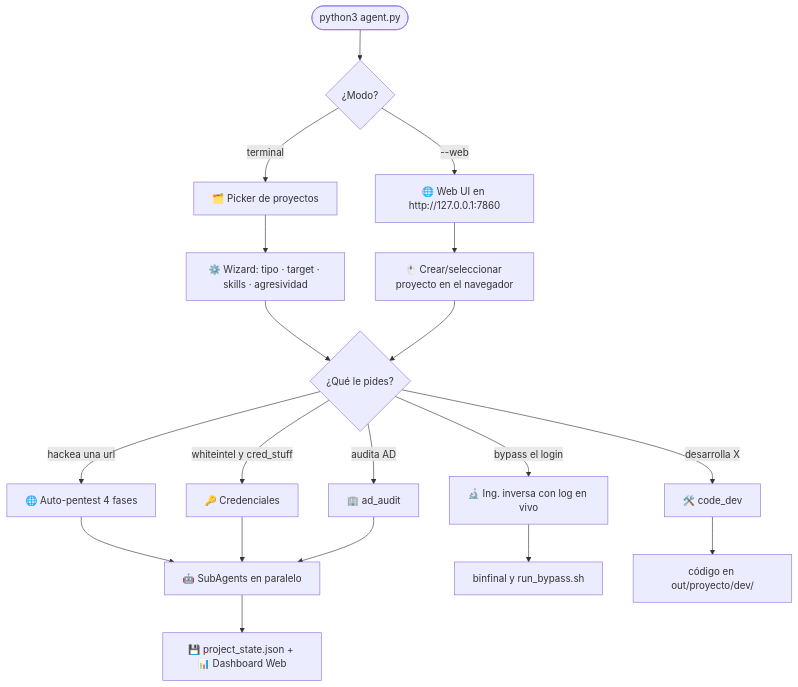
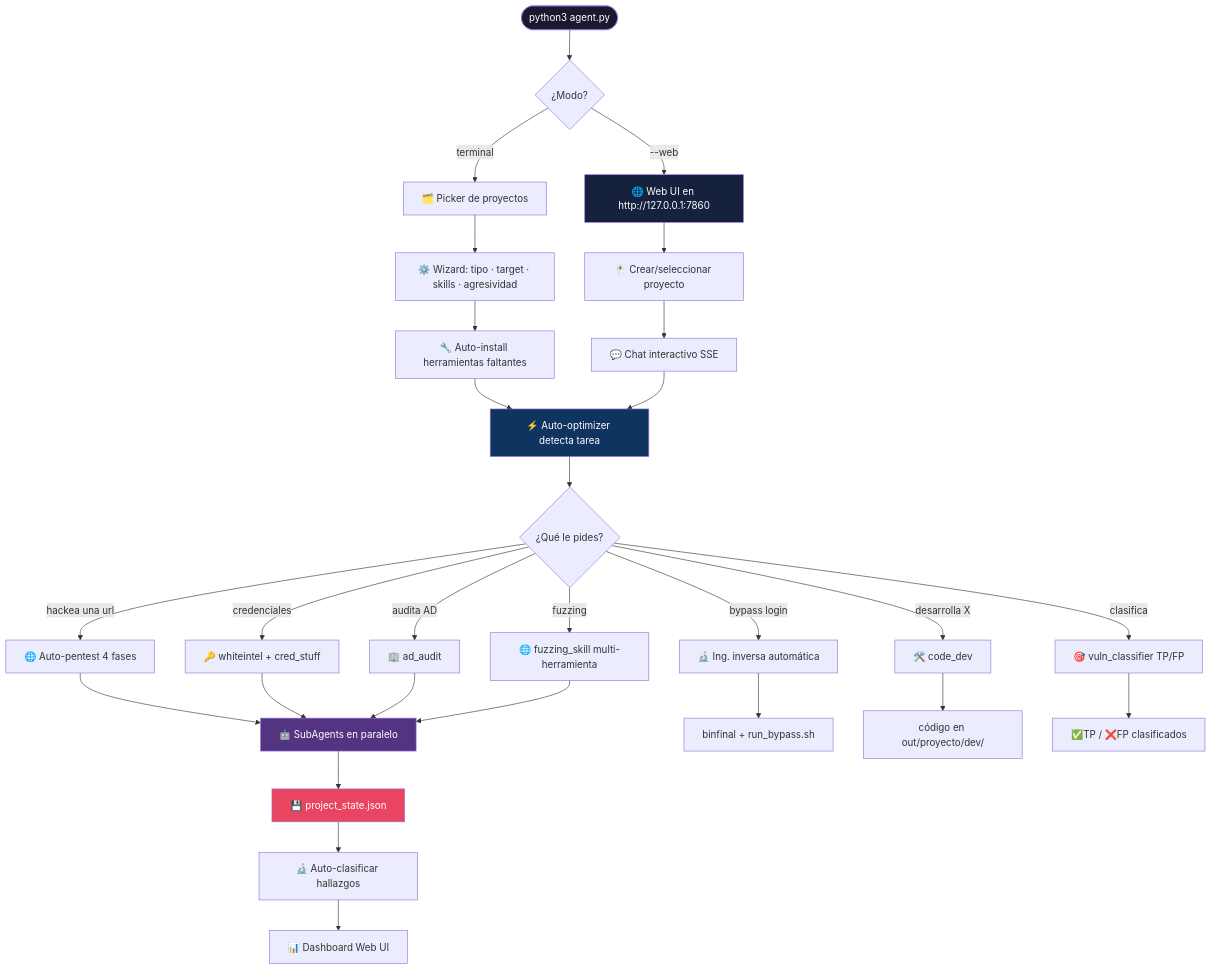
The first of 2 diagrams in README.md (brandonllamas/DarkmoonAgent), drawn with Mermaid before and after one commit. The commit also changed other lines of this file and 19 other files, not shown here.

````diff
--- a/README.md
+++ b/README.md
@@ -88,21 +395,38 @@
 ```mermaid
 flowchart TD
     A([python3 agent.py]) --> B{¿Modo?}
     B -->|terminal| C[🗂️ Picker de proyectos]
     B -->|--web| W[🌐 Web UI en http://127.0.0.1:7860]
+    
     C --> D[⚙️ Wizard: tipo · target · skills · agresividad]
-    W --> D2[🖱️ Crear/seleccionar proyecto en el navegador]
-    D --> E{¿Qué le pides?}
-    D2 --> E
+    D --> D2[🔧 Auto-install herramientas faltantes]
+    D2 --> D3[⚡ Auto-optimizer detecta tarea]
+    D3 --> E{¿Qué le pides?}
+    
+    W --> W2[🖱️ Crear/seleccionar proyecto]
+    W2 --> W3[💬 Chat interactivo SSE]
+    W3 --> D3
+    
     E -->|hackea una url| F[🌐 Auto-pentest 4 fases]
-    E -->|bypass el login| G[🔬 Ing. inversa con log en vivo]
+    E -->|bypass login| G[🔬 Ing. inversa automática]
     E -->|desarrolla X| H[🛠️ code_dev]
-    E -->|whiteintel y cred_stuff| I[🔑 Credenciales]
+    E -->|credenciales| I[🔑 whiteintel + cred_stuff]
     E -->|audita AD| J[🏢 ad_audit]
-    F --> S[🤖 SubAgents en paralelo]
-    G --> OUT2[binfinal y run_bypass.sh]
+    E -->|fuzzing| K[🌐 fuzzing_skill multi-herramienta]
+    E -->|clasifica| L[🎯 vuln_classifier TP/FP]
+    
+    F & I & J & K --> S[🤖 SubAgents en paralelo]
+    G --> OUT2[binfinal + run_bypass.sh]
     H --> OUT3[código en out/proyecto/dev/]
-    I --> S
-    J --> S
-    S --> R[💾 project_state.json + 📊 Dashboard Web]
+    L --> OUT4[✅TP / ❌FP clasificados]
+    
+    S --> R[💾 project_state.json]
+    R --> T[🔬 Auto-clasificar hallazgos]
+    T --> U[📊 Dashboard Web UI]
+    
+    style A fill:#1a1a2e,color:#fff
+    style W fill:#16213e,color:#fff
+    style D3 fill:#0f3460,color:#fff
+    style S fill:#533483,color:#fff
+    style R fill:#e94560,color:#fff
 ```
````
